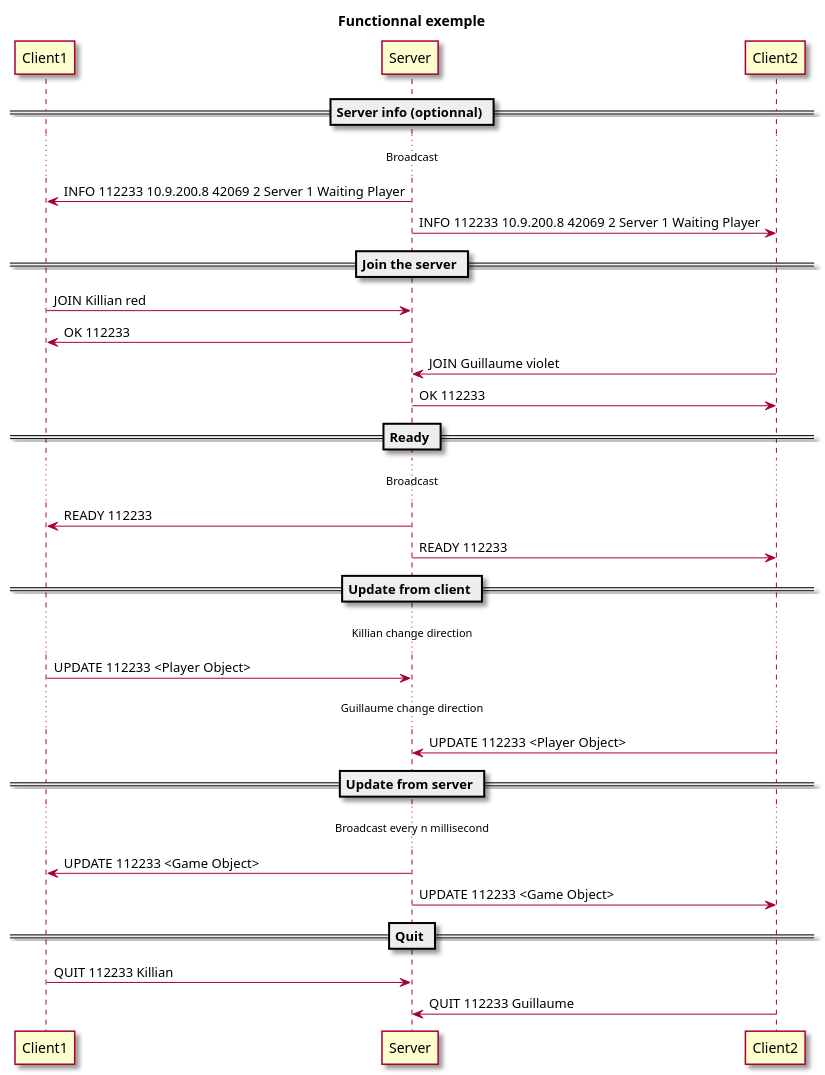
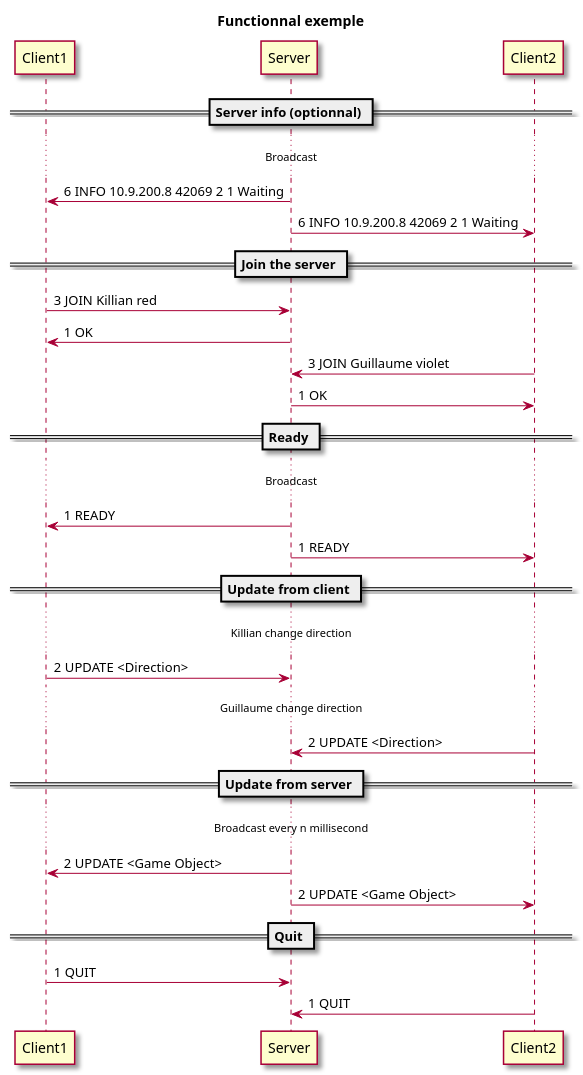
The diagram in Documents/UML/Fonctional.puml (GFragniere/Practical_work_2_Tron), drawn with PlantUML before and after one commit. The commit also changed 18 other files, not shown here.

```diff
--- a/Documents/UML/Fonctional.puml
+++ b/Documents/UML/Fonctional.puml
@@ -1,51 +1,51 @@
 @startuml
 
 skin rose
 
 title Functionnal exemple
 
 == Server info (optionnal) ==
 
 ...Broadcast...
 
-Client1 <- Server: INFO 112233 10.9.200.8 42069 2 Server 1 Waiting Player
-Server -> Client2: INFO 112233 10.9.200.8 42069 2 Server 1 Waiting Player
+Client1 <- Server: 6 INFO 10.9.200.8 42069 2 1 Waiting
+Server -> Client2: 6 INFO 10.9.200.8 42069 2 1 Waiting
 
 == Join the server ==
 
-Client1 -> Server: JOIN Killian red
-Server -> Client1: OK 112233
+Client1 -> Server: 3 JOIN Killian red
+Server -> Client1: 1 OK
 
-Client2 -> Server: JOIN Guillaume violet
-Server -> Client2: OK 112233
+Client2 -> Server: 3 JOIN Guillaume violet
+Server -> Client2: 1 OK
 
 == Ready ==
 
 ...Broadcast...
 
-Client1 <- Server: READY 112233
-Server -> Client2: READY 112233
+Client1 <- Server: 1 READY
+Server -> Client2: 1 READY
 
 == Update from client ==
 
 ...Killian change direction...
 
-Client1 -> Server: UPDATE 112233 <Player Object>
+Client1 -> Server: 2 UPDATE <Direction>
 
 ...Guillaume change direction...
 
-Client2 -> Server: UPDATE 112233 <Player Object>
+Client2 -> Server: 2 UPDATE <Direction>
 
 ==  Update from server ==
 
 ...Broadcast every n millisecond...
 
-Client1 <- Server: UPDATE 112233 <Game Object>
-Client2 <- Server: UPDATE 112233 <Game Object>
+Client1 <- Server: 2 UPDATE <Game Object>
+Client2 <- Server: 2 UPDATE <Game Object>
 
 == Quit ==
 
-Client1 -> Server: QUIT 112233 Killian
-Client2 -> Server: QUIT 112233 Guillaume
+Client1 -> Server: 1 QUIT
+Client2 -> Server: 1 QUIT
 
 @enduml
```
